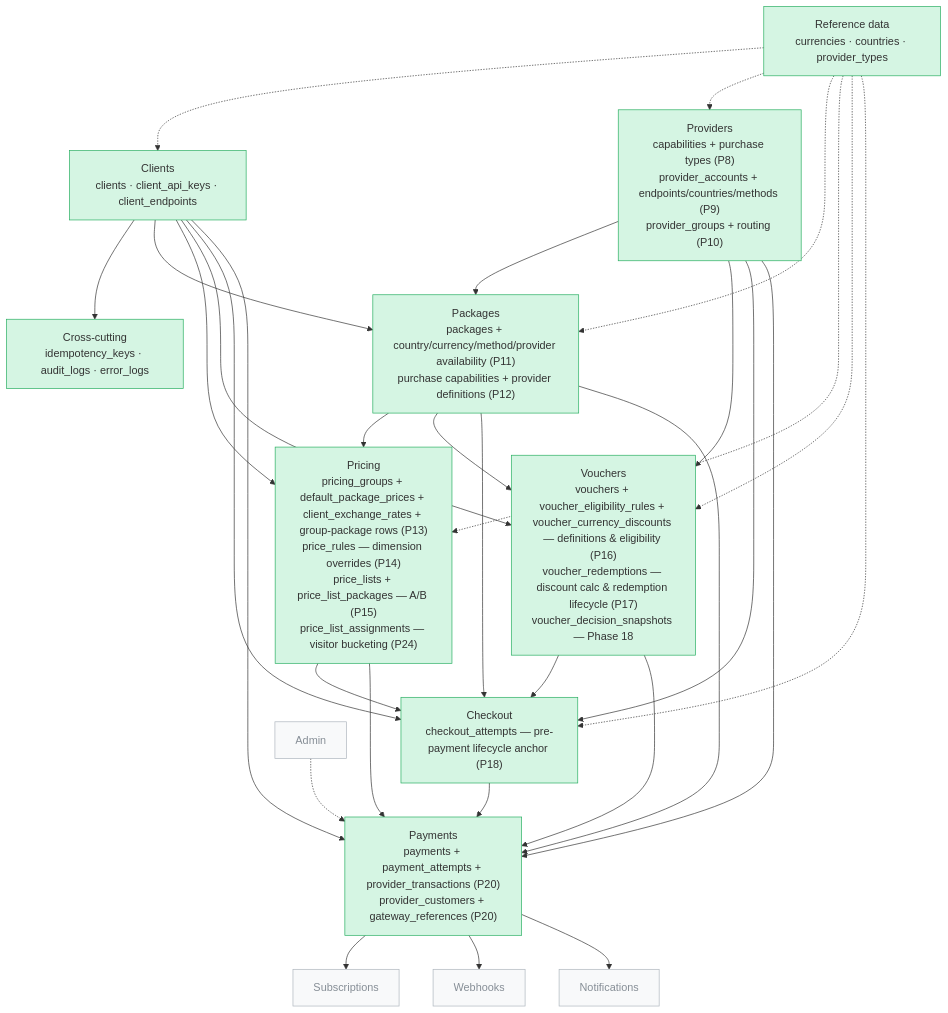
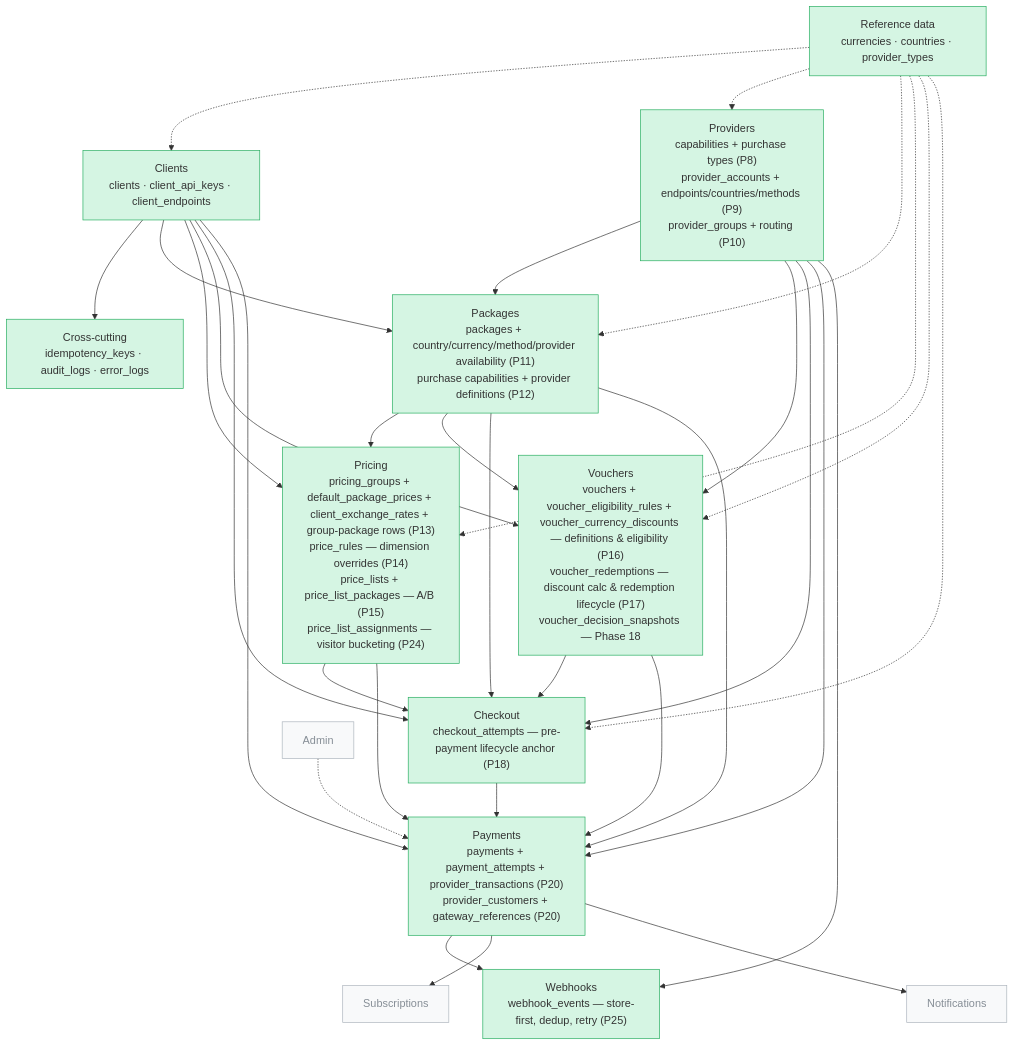
One commit to mahsashahi/Gomrok changed the first of 18 diagrams in .claude/docs/database-diagram.md. Above: the diagram before and after it, drawn with Mermaid. The commit also changed other lines of this file and 37 other files, not shown here.

````diff
--- a/.claude/docs/database-diagram.md
+++ b/.claude/docs/database-diagram.md
@@ -9,46 +9,48 @@
 ```mermaid
 flowchart TD
     Ref["Reference data<br/>currencies · countries · provider_types"]
     Xc["Cross-cutting<br/>idempotency_keys · audit_logs · error_logs"]
     Clients["Clients<br/>clients · client_api_keys · client_endpoints"]
     Providers["Providers<br/>capabilities + purchase types (P8)<br/>provider_accounts + endpoints/countries/methods (P9)<br/>provider_groups + routing (P10)"]
     Packages["Packages<br/>packages + country/currency/method/provider availability (P11)<br/>purchase capabilities + provider definitions (P12)"]
     Pricing["Pricing<br/>pricing_groups + default_package_prices + client_exchange_rates + group-package rows (P13)<br/>price_rules — dimension overrides (P14)<br/>price_lists + price_list_packages — A/B (P15)<br/>price_list_assignments — visitor bucketing (P24)"]
     Vouchers["Vouchers<br/>vouchers + voucher_eligibility_rules + voucher_currency_discounts — definitions & eligibility (P16)<br/>voucher_redemptions — discount calc & redemption lifecycle (P17)<br/>voucher_decision_snapshots — Phase 18"]
     Checkout["Checkout<br/>checkout_attempts — pre-payment lifecycle anchor (P18)"]
     Payments["Payments<br/>payments + payment_attempts + provider_transactions (P20)<br/>provider_customers + gateway_references (P20)"]
+    Webhooks["Webhooks<br/>webhook_events — store-first, dedup, retry (P25)"]
     Ref -.-> Clients
     Ref -.-> Providers
     Ref -.-> Packages
     Ref -.-> Pricing
     Ref -.-> Vouchers
     Ref -.-> Checkout
     Clients --> Xc
     Clients --> Packages
     Providers --> Packages
     Clients --> Pricing
     Packages --> Pricing
     Clients --> Vouchers
     Packages --> Vouchers
     Providers --> Vouchers
     Clients --> Checkout
     Packages --> Checkout
     Pricing --> Checkout
     Vouchers --> Checkout
     Providers --> Checkout
     Clients --> Payments
     Providers --> Payments
     Packages --> Payments
     Pricing --> Payments
     Vouchers --> Payments
     Checkout --> Payments
+    Providers --> Webhooks
+    Payments --> Webhooks
     Payments --> Subscriptions
-    Payments --> Webhooks
     Payments --> Notifications
     Admin -.-> Payments
 
     classDef done fill:#d5f5e3,stroke:#27ae60;
     classDef todo fill:#f8f9fa,stroke:#adb5bd,color:#868e96;
-    class Ref,Xc,Clients,Providers,Packages,Pricing,Vouchers,Checkout,Payments done;
-    class Subscriptions,Webhooks,Notifications,Admin todo;
+    class Ref,Xc,Clients,Providers,Packages,Pricing,Vouchers,Checkout,Payments,Webhooks done;
+    class Subscriptions,Notifications,Admin todo;
 ```
````
